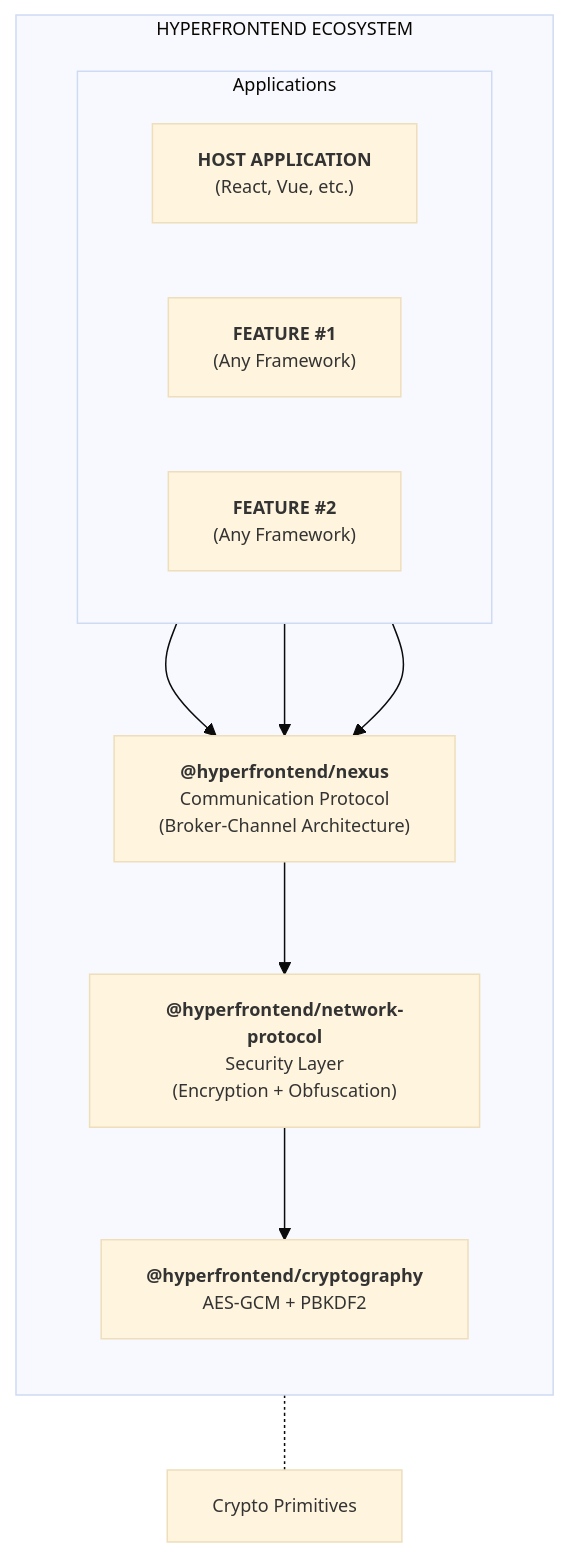
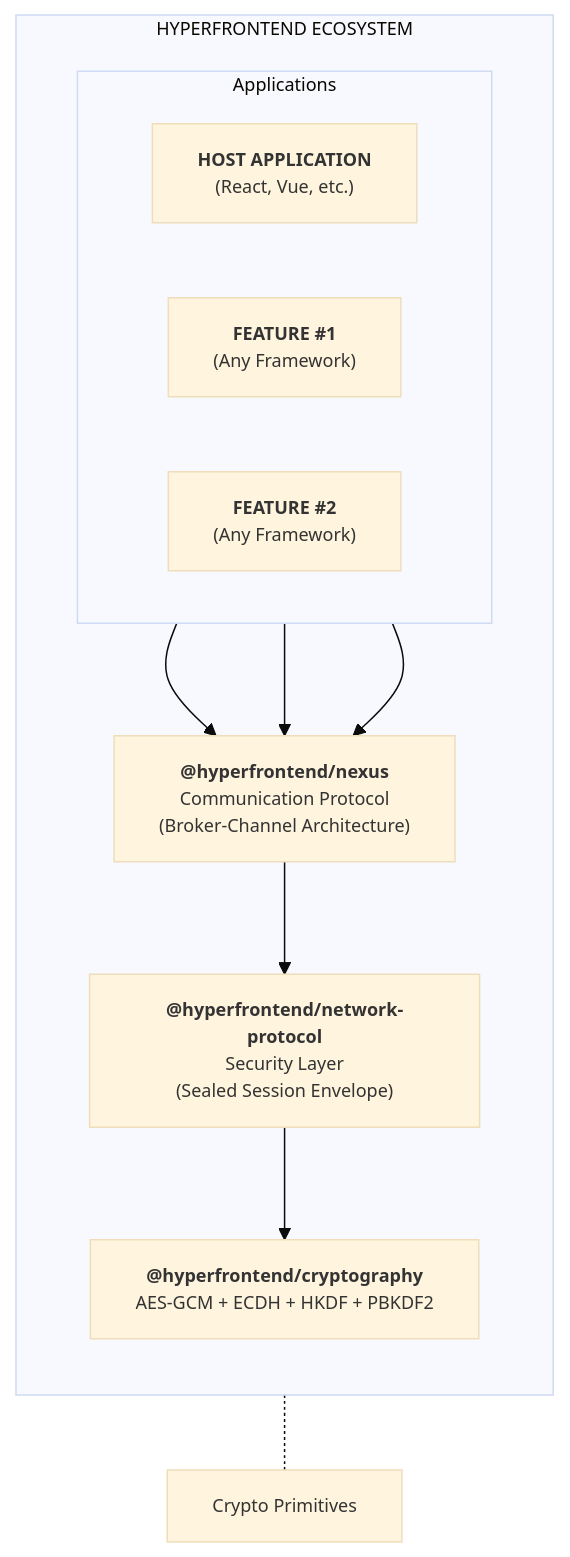
The first of 8 diagrams in ARCHITECTURE.md (AndrewRedican/hyperfrontend), drawn with Mermaid before and after one commit. The commit also changed other lines of this file and 4 other files, not shown here.

Commit message:
docs(@hyperfrontend/workspace): describe the session envelope in the root guides

````diff
--- a/ARCHITECTURE.md
+++ b/ARCHITECTURE.md
@@ -5,31 +5,31 @@
 ```mermaid
 ---
 config:
   theme: base
   themeVariables:
     fontSize: 12px
 ---
 flowchart TB
     subgraph Ecosystem["HYPERFRONTEND ECOSYSTEM"]
         direction TB
 
         subgraph Apps["Applications"]
             direction LR
             Host["<b>HOST APPLICATION</b><br/>(React, Vue, etc.)"]
             Feature1["<b>FEATURE #1</b><br/>(Any Framework)"]
             Feature2["<b>FEATURE #2</b><br/>(Any Framework)"]
         end
 
         Nexus["<b>@hyperfrontend/nexus</b><br/>Communication Protocol<br/>(Broker-Channel Architecture)"]
-        Protocol["<b>@hyperfrontend/network-protocol</b><br/>Security Layer<br/>(Encryption + Obfuscation)"]
-        Crypto["<b>@hyperfrontend/cryptography</b><br/>AES-GCM + PBKDF2"]
+        Protocol["<b>@hyperfrontend/network-protocol</b><br/>Security Layer<br/>(Sealed Session Envelope)"]
+        Crypto["<b>@hyperfrontend/cryptography</b><br/>AES-GCM + ECDH + HKDF + PBKDF2"]
 
         Host --> Nexus
         Feature1 --> Nexus
         Feature2 --> Nexus
         Nexus --> Protocol
         Protocol --> Crypto
     end
 
     Crypto -.- CryptoLabel["Crypto Primitives"]
 ```
````
